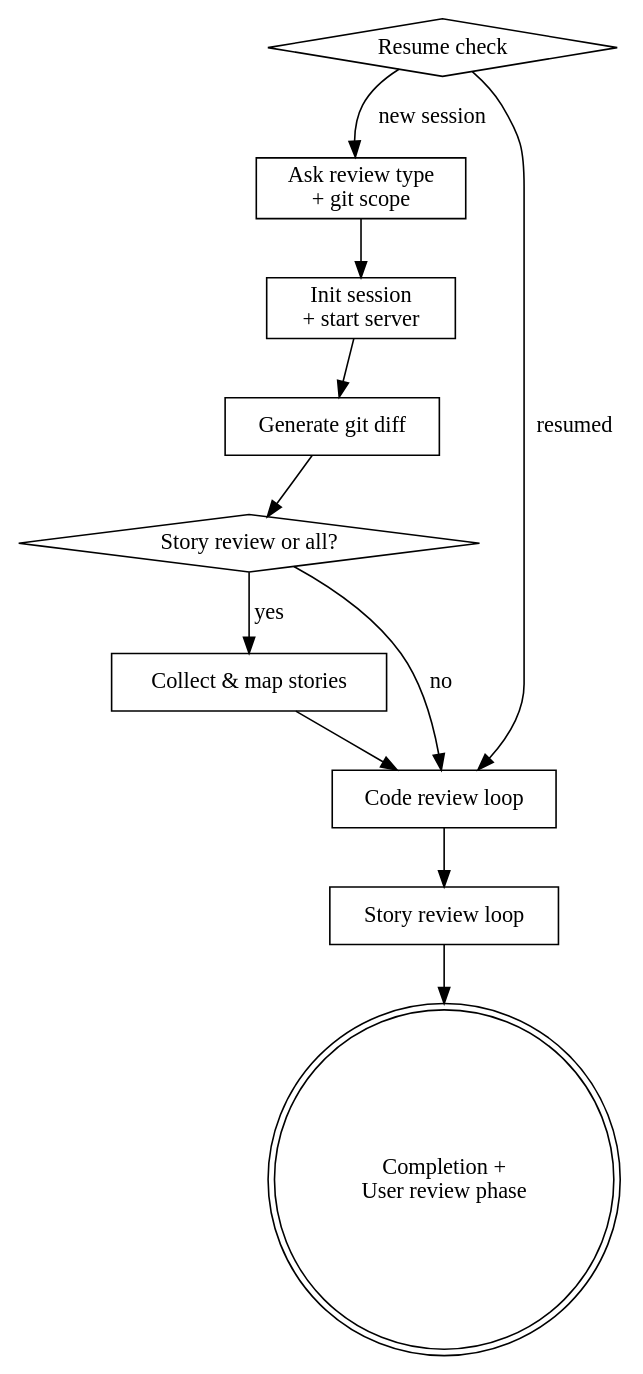
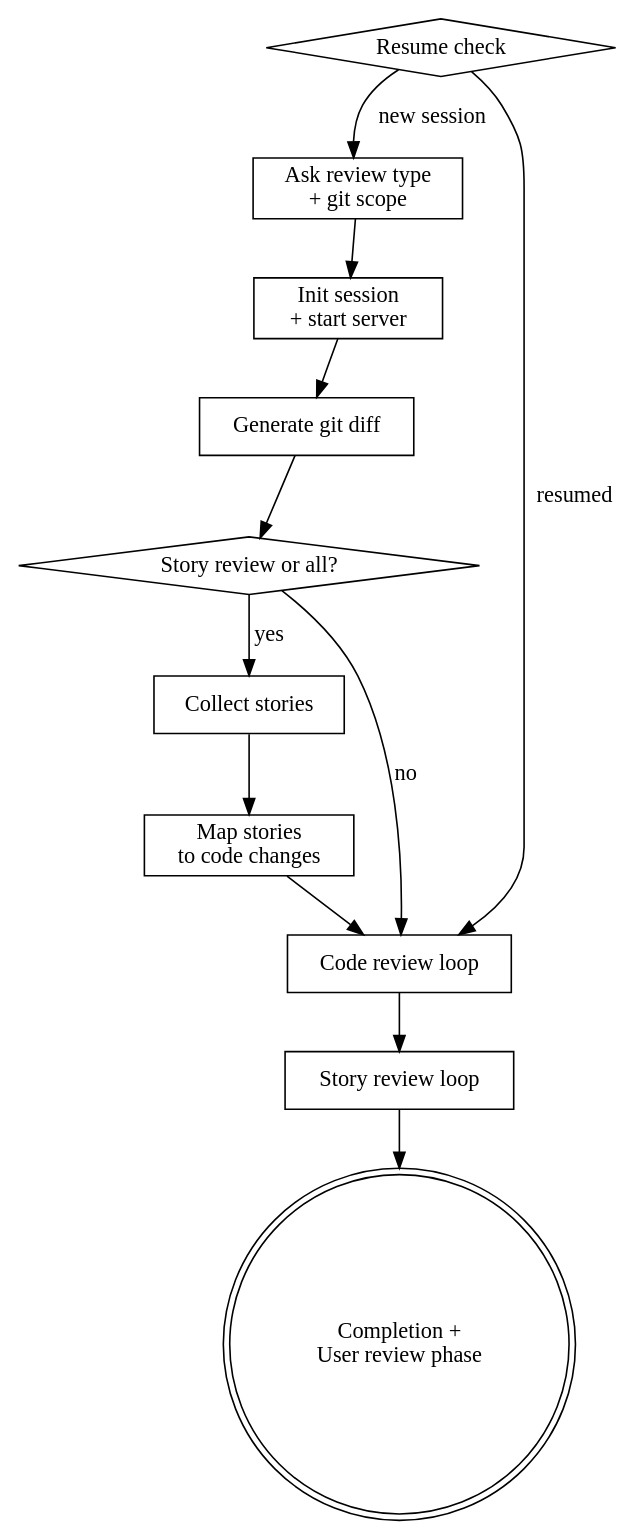
The diagram in skills/audit/SKILL.md (a-solid/a-solid-audit), drawn with Graphviz before and after one commit. The commit also changed other lines of this file and 2 other files, not shown here.

First line of the commit message:
Split docs into EN/CN, update install instructions, clarify story collection flow

````diff
--- a/skills/audit/SKILL.md
+++ b/skills/audit/SKILL.md
@@ -26,24 +26,26 @@
 ```dot
 digraph audit_flow {
     "Resume check" [shape=diamond];
     "Ask review type\n+ git scope" [shape=box];
     "Init session\n+ start server" [shape=box];
     "Generate git diff" [shape=box];
     "Story review or all?" [shape=diamond];
-    "Collect & map stories" [shape=box];
+    "Collect stories" [shape=box];
+    "Map stories\nto code changes" [shape=box];
     "Code review loop" [shape=box];
     "Story review loop" [shape=box];
     "Completion +\nUser review phase" [shape=doublecircle];
 
     "Resume check" -> "Ask review type\n+ git scope" [label="new session"];
     "Resume check" -> "Code review loop" [label="resumed"];
     "Ask review type\n+ git scope" -> "Init session\n+ start server";
     "Init session\n+ start server" -> "Generate git diff";
     "Generate git diff" -> "Story review or all?";
-    "Story review or all?" -> "Collect & map stories" [label="yes"];
+    "Story review or all?" -> "Collect stories" [label="yes"];
     "Story review or all?" -> "Code review loop" [label="no"];
-    "Collect & map stories" -> "Code review loop";
+    "Collect stories" -> "Map stories\nto code changes";
+    "Map stories\nto code changes" -> "Code review loop";
     "Code review loop" -> "Story review loop";
     "Story review loop" -> "Completion +\nUser review phase";
 }
 ```
````
